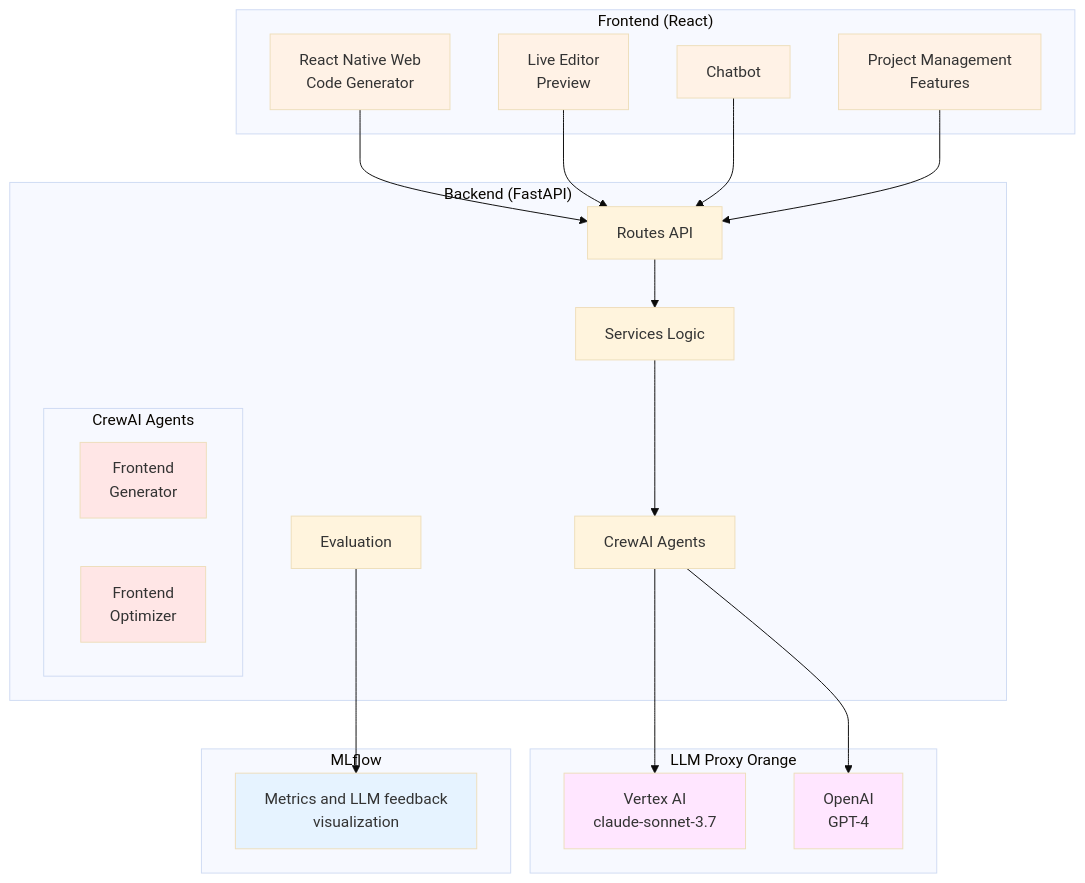
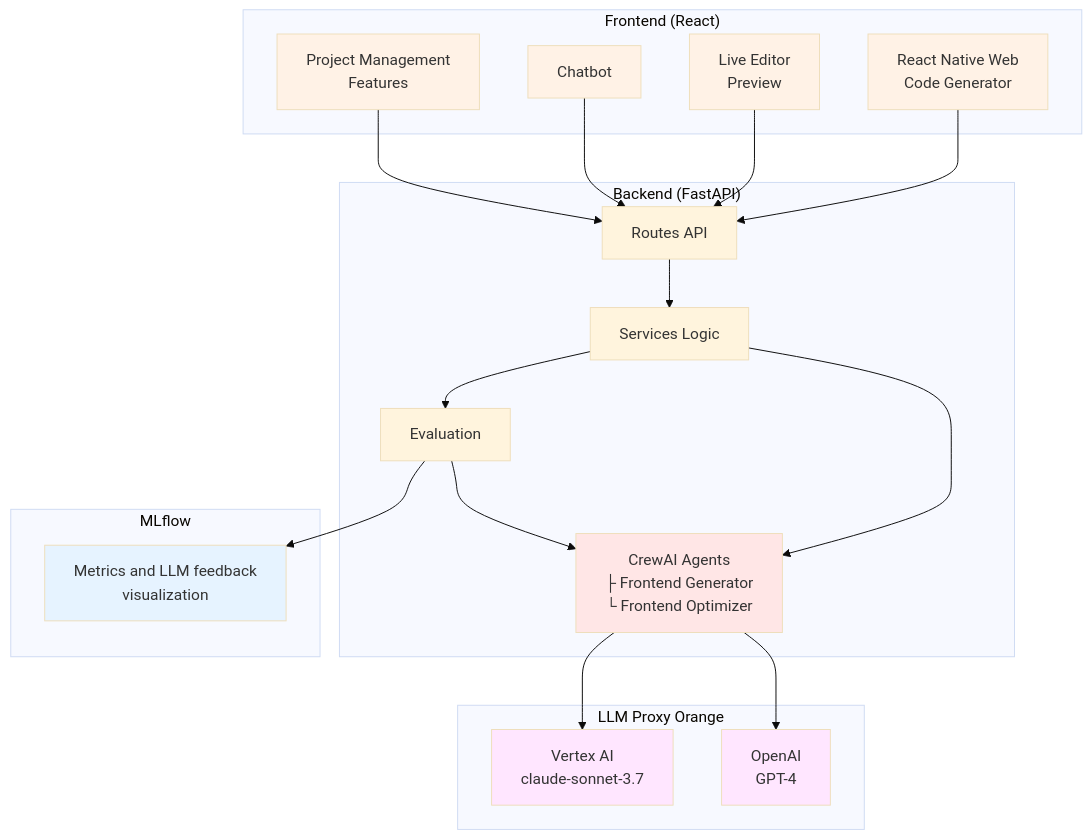
One commit to sabrinek8/AppGen_Studio changed the diagram in README.md. Above: the diagram before and after it, drawn with Mermaid (base theme).

````diff
--- a/README.md
+++ b/README.md
@@ -54,52 +54,48 @@
 ```mermaid
 graph TB
-    subgraph "Frontend (React)"
-        A[React Native Web<br/>Code Generator] 
-        B[Live Editor<br/>Preview]
-        C[Chatbot]
-        D[Project Management<br/>Features]
-    end
-    
-    subgraph "Backend (FastAPI)"
-        E[Routes API]
-        F[Services Logic]
-        G[CrewAI Agents]
-        H[Evaluation]
-        
-        subgraph "CrewAI Agents"
-            I[Frontend<br/>Generator]
-            J[Frontend<br/>Optimizer]
-        end
-    end
-    
-    subgraph "LLM Proxy Orange"
-        K[Vertex AI<br/>claude-sonnet-3.7]
-        L[OpenAI<br/>GPT-4]
-    end
-    
-    subgraph "MLflow"
-        M[Metrics and LLM feedback<br/>visualization]
-    end
-    
-    A --> E
-    B --> E
-    C --> E
-    D --> E
-    
-    E --> F
-    F --> G
-    G --> K
-    G --> L
-    
-    H --> M
-    
-    style A fill:#FFF2E6
-    style B fill:#FFF2E6
-    style C fill:#FFF2E6
-    style D fill:#FFF2E6
-    style I fill:#FFE6E6
-    style J fill:#FFE6E6
-    style K fill:#FFE6FF
-    style L fill:#FFE6FF
-    style M fill:#E6F3FF
+   subgraph "Frontend (React)"
+       A[React Native Web<br/>Code Generator] 
+       B[Live Editor<br/>Preview]
+       C[Chatbot]
+       D[Project Management<br/>Features]
+   end
+   
+   subgraph "Backend (FastAPI)"
+       E[Routes API]
+       F[Services Logic]
+       G[CrewAI Agents<br/>├ Frontend Generator<br/>└ Frontend Optimizer]
+       H[Evaluation]
+   end
+   
+   subgraph "LLM Proxy Orange"
+       K[Vertex AI<br/>claude-sonnet-3.7]
+       L[OpenAI<br/>GPT-4]
+   end
+   
+   subgraph "MLflow"
+       M[Metrics and LLM feedback<br/>visualization]
+   end
+   
+   A --> E
+   B --> E
+   C --> E
+   D --> E
+   
+   E --> F
+   F --> G
+   G --> K
+   G --> L
+   
+   F --> H
+   H --> M
+   H --> G
+   
+   style A fill:#FFF2E6
+   style B fill:#FFF2E6
+   style C fill:#FFF2E6
+   style D fill:#FFF2E6
+   style G fill:#FFE6E6
+   style K fill:#FFE6FF
+   style L fill:#FFE6FF
+   style M fill:#E6F3FF
 ```
````
